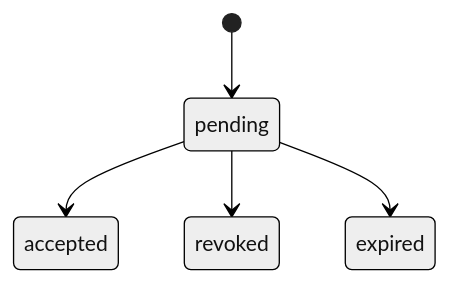
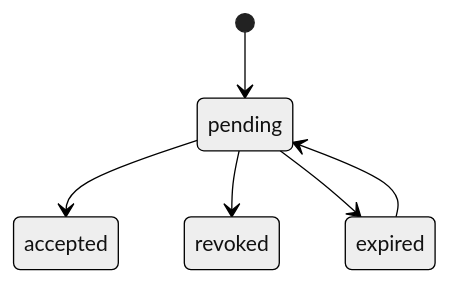
Before and after one commit to giorgosroussos/uplift: the third of 10 diagrams in build/docs/data.md, drawn with Mermaid (neutral theme). The commit also changed other lines of this file and 31 other files, not shown here.

````diff
--- a/build/docs/data.md
+++ b/build/docs/data.md
@@ -402,7 +415,8 @@
 ```mermaid
 stateDiagram-v2
   [*] --> pending
   pending --> accepted
   pending --> revoked
   pending --> expired
+  expired --> pending
 ```
````
